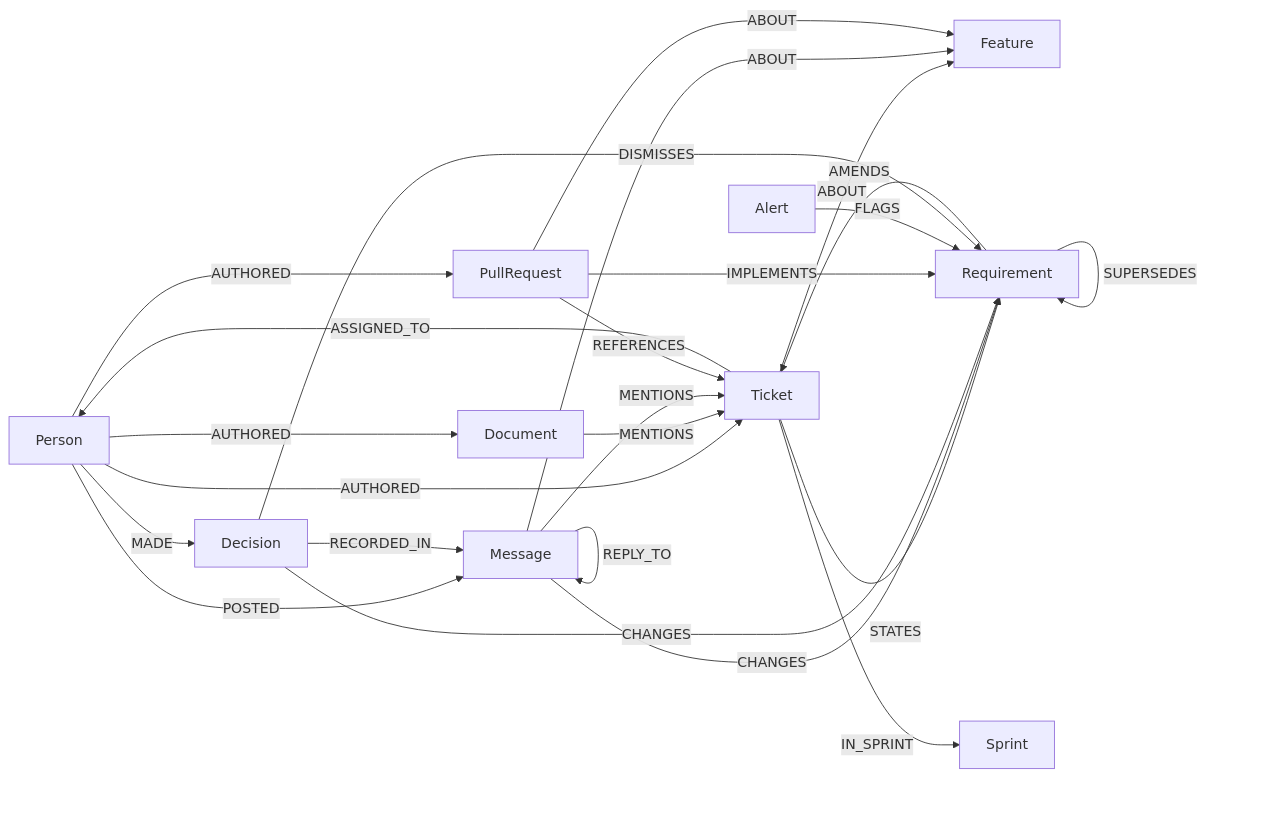
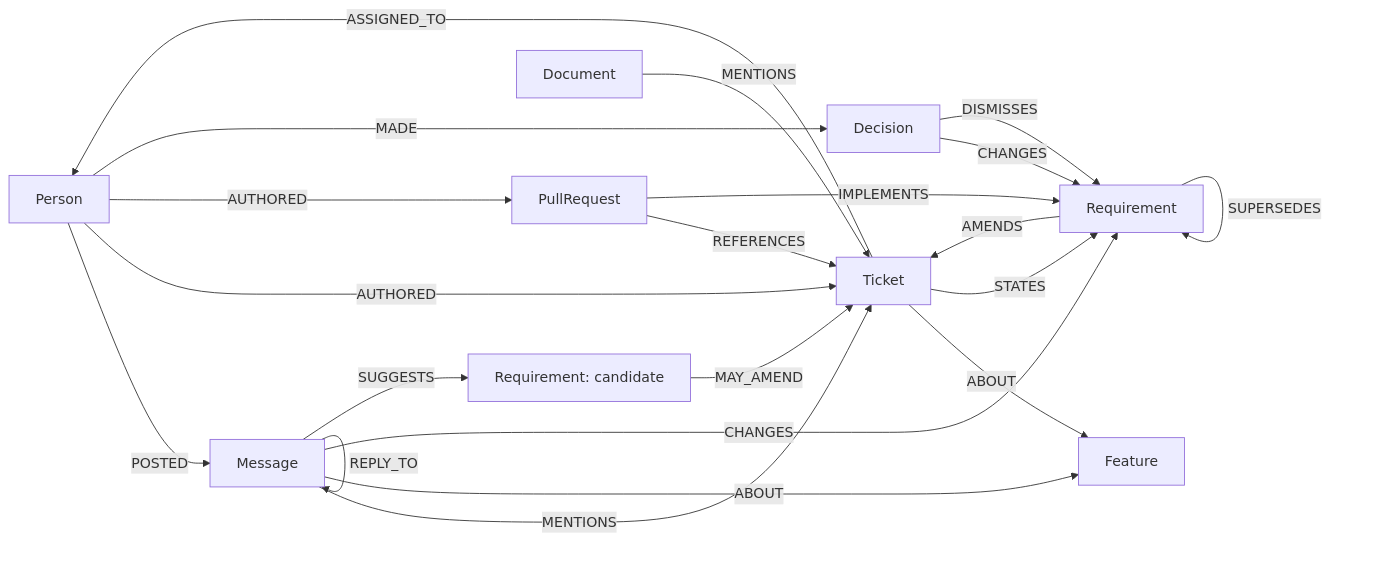
Before and after one commit to ayushagarwalhere/company_brain: the second of 2 diagrams in README.md, drawn with Mermaid. The commit also changed other lines of this file and 421 other files, not shown here.

````diff
--- a/README.md
+++ b/README.md
@@ -237,26 +293,23 @@
 ```mermaid
 graph LR
   Person -->|POSTED| Message
   Person -->|AUTHORED| Ticket
   Person -->|AUTHORED| PullRequest
-  Person -->|AUTHORED| Document
   Document -->|MENTIONS| Ticket
   Person -->|MADE| Decision
   Ticket -->|ASSIGNED_TO| Person
   Message -->|REPLY_TO| Message
   Message -->|MENTIONS| Ticket
   PullRequest -->|REFERENCES| Ticket
   Ticket -->|ABOUT| Feature
   Message -->|ABOUT| Feature
-  PullRequest -->|ABOUT| Feature
   Ticket -->|STATES| Requirement
   Message -->|CHANGES| Requirement
+  Message -->|SUGGESTS| Candidate[Requirement: candidate]
+  Candidate -->|MAY_AMEND| Ticket
   Decision -->|CHANGES| Requirement
-  Decision -->|RECORDED_IN| Message
   Requirement -->|AMENDS| Ticket
   Requirement -->|SUPERSEDES| Requirement
   PullRequest -->|IMPLEMENTS| Requirement
-  Ticket -->|IN_SPRINT| Sprint
-  Alert -->|FLAGS| Requirement
   Decision -->|DISMISSES| Requirement
 ```
````
